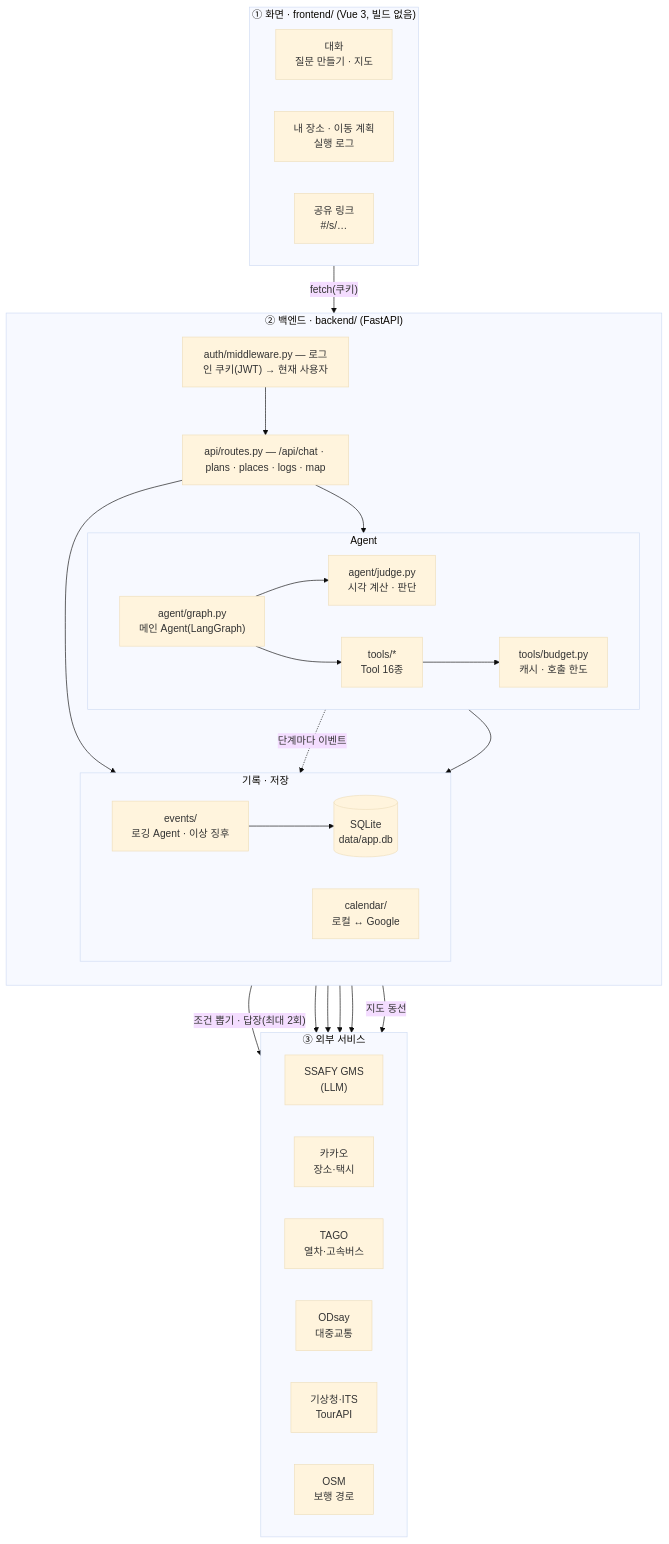
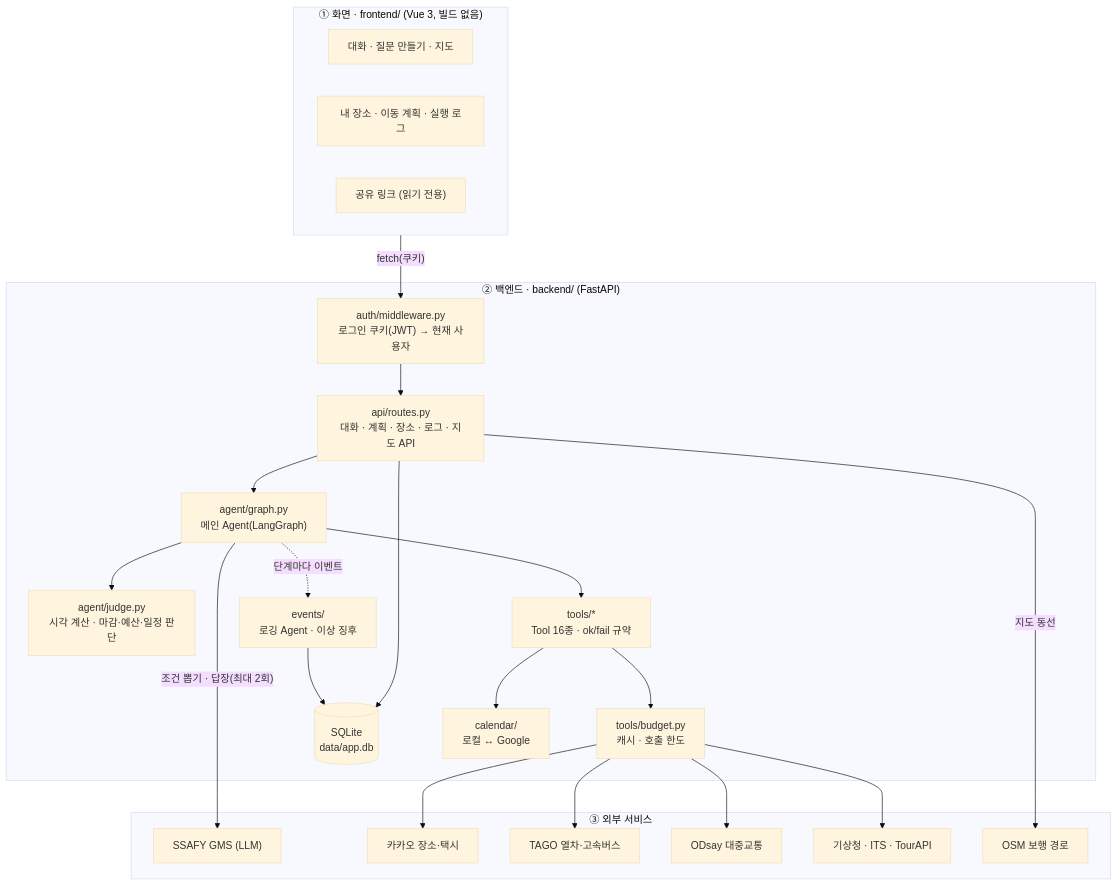
Before and after one commit to Jkim1647/ssafy16-route-planner: the first of 3 diagrams in README.md, drawn with Mermaid (base theme).

Commit message:
docs: 구조도를 GitLab Mermaid 10.7에서 그려지는 문법(중첩 subgraph·direction 없이)으로

````diff
--- a/README.md
+++ b/README.md
@@ -27,45 +27,40 @@
 ```mermaid
 flowchart TB
   subgraph FE["① 화면 · frontend/ (Vue 3, 빌드 없음)"]
-    direction LR
-    P1["대화<br/>질문 만들기 · 지도"]
-    P2["내 장소 · 이동 계획<br/>실행 로그"]
-    P3["공유 링크<br/>#/s/…"]
+    P1["대화 · 질문 만들기 · 지도"]
+    P2["내 장소 · 이동 계획 · 실행 로그"]
+    P3["공유 링크 (읽기 전용)"]
   end
   subgraph BE["② 백엔드 · backend/ (FastAPI)"]
-    direction TB
-    MW["auth/middleware.py — 로그인 쿠키(JWT) → 현재 사용자"]
-    API["api/routes.py — /api/chat · plans · places · logs · map"]
-    subgraph CORE["Agent"]
-      direction LR
-      AG["agent/graph.py<br/>메인 Agent(LangGraph)"]
-      JD["agent/judge.py<br/>시각 계산 · 판단"]
-      TL["tools/*<br/>Tool 16종"]
-      BG["tools/budget.py<br/>캐시 · 호출 한도"]
-    end
-    subgraph STORE["기록 · 저장"]
-      direction LR
-      EV["events/<br/>로깅 Agent · 이상 징후"]
-      DB[("SQLite<br/>data/app.db")]
-      CAL["calendar/<br/>로컬 ↔ Google"]
-    end
+    MW["auth/middleware.py<br/>로그인 쿠키(JWT) → 현재 사용자"]
+    API["api/routes.py<br/>대화 · 계획 · 장소 · 로그 · 지도 API"]
+    AG["agent/graph.py<br/>메인 Agent(LangGraph)"]
+    JD["agent/judge.py<br/>시각 계산 · 마감·예산·일정 판단"]
+    TL["tools/*<br/>Tool 16종 · ok/fail 규약"]
+    BG["tools/budget.py<br/>캐시 · 호출 한도"]
+    EV["events/<br/>로깅 Agent · 이상 징후"]
+    DB[("SQLite<br/>data/app.db")]
+    CAL["calendar/<br/>로컬 ↔ Google"]
   end
   subgraph EXT["③ 외부 서비스"]
-    direction LR
-    LLM["SSAFY GMS<br/>(LLM)"]
-    X1["카카오<br/>장소·택시"]
-    X2["TAGO<br/>열차·고속버스"]
-    X3["ODsay<br/>대중교통"]
-    X4["기상청·ITS<br/>TourAPI"]
-    X5["OSM<br/>보행 경로"]
+    LLM["SSAFY GMS (LLM)"]
+    X1["카카오 장소·택시"]
+    X2["TAGO 열차·고속버스"]
+    X3["ODsay 대중교통"]
+    X4["기상청 · ITS · TourAPI"]
+    X5["OSM 보행 경로"]
   end
-  FE -->|"fetch(쿠키)"| MW --> API --> AG
+  FE -->|"fetch(쿠키)"| MW
+  MW --> API
+  API --> AG
   AG --> JD
-  AG --> TL --> BG
+  AG --> TL
+  TL --> BG
+  TL --> CAL
   AG -->|"조건 뽑기 · 답장(최대 2회)"| LLM
   BG --> X1 & X2 & X3 & X4
   API -->|"지도 동선"| X5
-  AG -. "단계마다 이벤트" .-> EV --> DB
+  AG -. "단계마다 이벤트" .-> EV
+  EV --> DB
   API --> DB
-  TL --> CAL
 ```
````
